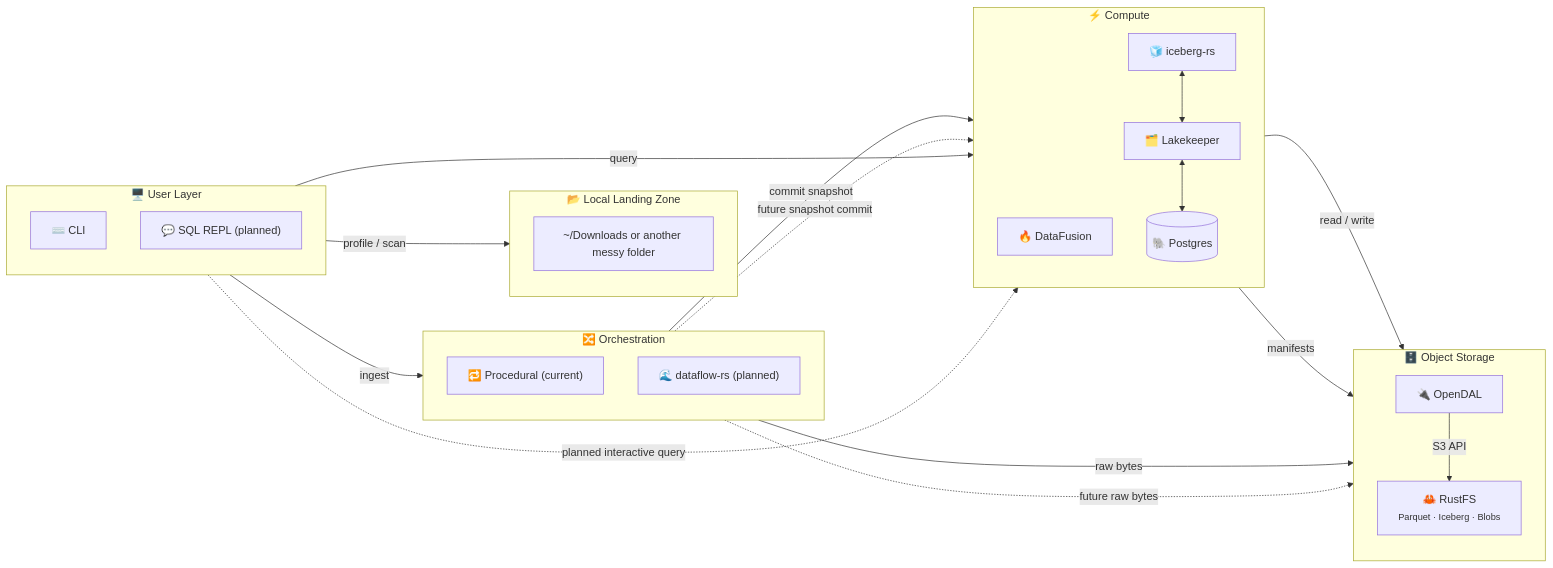
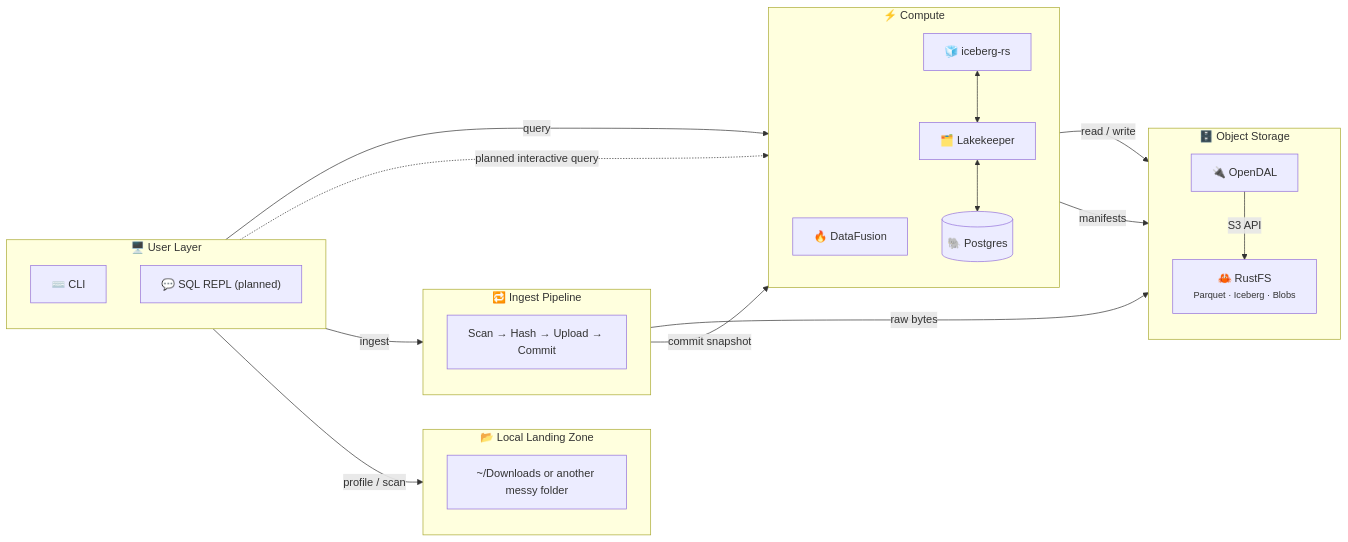
Before and after one commit to sm4rtm4art/anti_entropator: the diagram in README.md, drawn with Mermaid. The commit also changed other lines of this file and 7 other files, not shown here.

````diff
--- a/README.md
+++ b/README.md
@@ -77,48 +77,45 @@
 ```mermaid
 flowchart LR
     subgraph UL["🖥️  User Layer"]
         direction TB
         CLI["⌨️  CLI"]
         REPL["💬  SQL REPL (planned)"]
     end
 
     subgraph LZ["📂  Local Landing Zone"]
         direction TB
         DL["~/Downloads or another messy folder"]
     end
 
-    subgraph OR["🔀  Orchestration"]
+    subgraph OR["🔁  Ingest Pipeline"]
         direction TB
-        PROC["🔁  Procedural (current)"]
-        DFRS["🌊  dataflow-rs (planned)"]
+        PROC["Scan → Hash → Upload → Commit"]
     end
 
     subgraph CP["⚡  Compute"]
         direction TB
         DF["🔥  DataFusion"]
         ICE["🧊  iceberg-rs"]
         CAT["🗂️  Lakekeeper"]
         PG[("🐘  Postgres")]
         ICE <--> CAT <--> PG
     end
 
     subgraph ST["🗄️  Object Storage"]
         direction TB
         IO["🔌  OpenDAL"]
         RFS["🦀  RustFS<br/><small>Parquet · Iceberg · Blobs</small>"]
         IO -->|S3 API| RFS
     end
 
     CLI -->|"profile / scan"| DL
     CLI -->|"ingest"| PROC
     CLI -->|query| DF
     REPL -. "planned interactive query" .-> DF
 
     PROC -->|"raw bytes"| IO
     PROC -->|"commit snapshot"| ICE
-    DFRS -. "future raw bytes" .-> IO
-    DFRS -. "future snapshot commit" .-> ICE
 
     DF -->|"read / write"| IO
     ICE -->|manifests| IO
 ```
````
